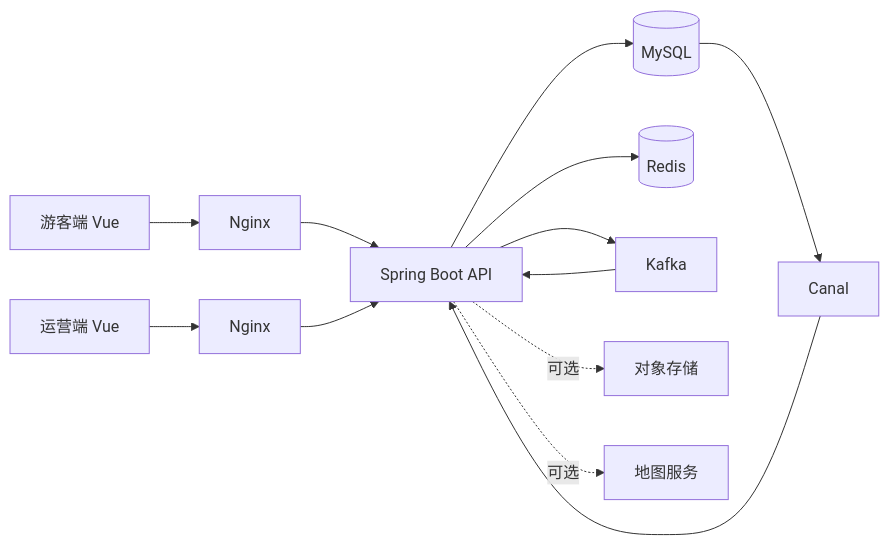
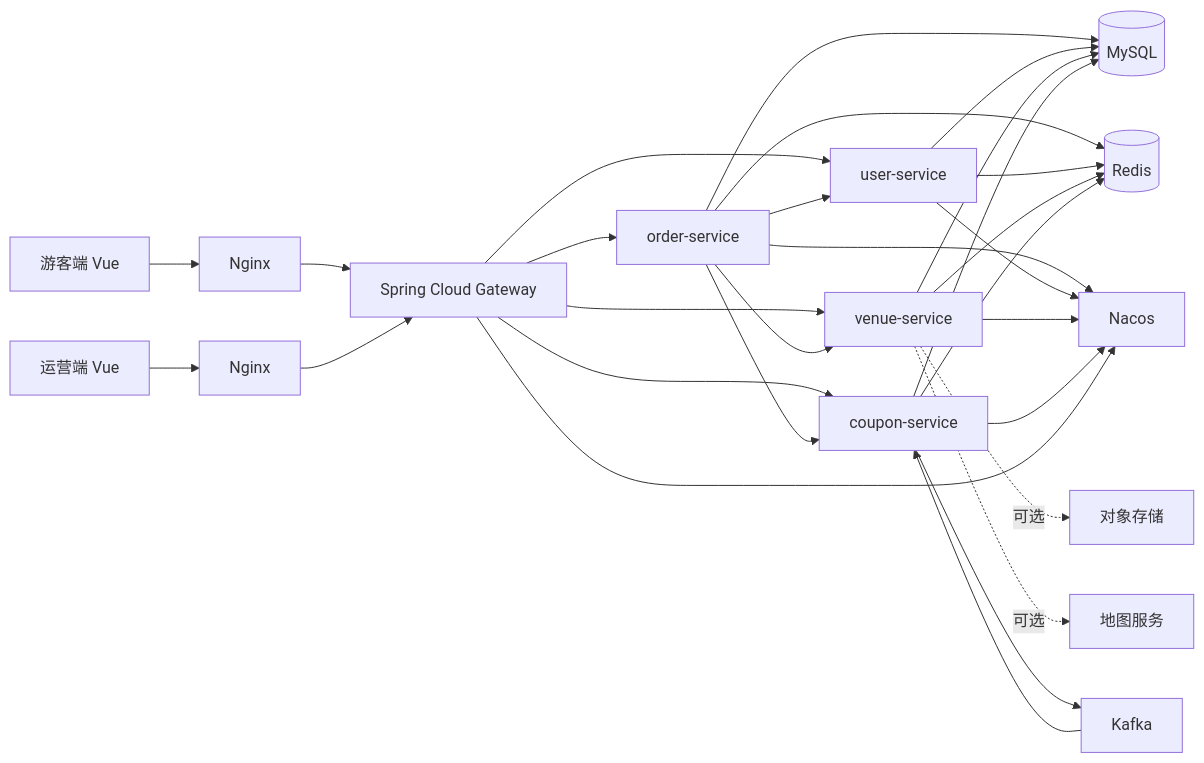
The diagram in README.md (qinghuan136/tourism-ticketing-platform), drawn with Mermaid before and after one commit. The commit also changed other lines of this file and 399 other files, not shown here.

````diff
--- a/README.md
+++ b/README.md
@@ -41,15 +42,31 @@
 ```mermaid
 flowchart LR
     T[游客端 Vue] --> N1[Nginx]
-    O[运营端 Vue] --> N2[Nginx]
-    N1 --> A[Spring Boot API]
-    N2 --> A
-    A --> M[(MySQL)]
-    A --> R[(Redis)]
-    A --> K[Kafka]
-    K --> A
-    M --> C[Canal]
-    C --> A
-    A -. 可选 .-> OSS[对象存储]
-    A -. 可选 .-> MAP[地图服务]
+    OP[运营端 Vue] --> N2[Nginx]
+    N1 --> G[Spring Cloud Gateway]
+    N2 --> G
+    G --> OS[order-service]
+    G --> U[user-service]
+    G --> V[venue-service]
+    G --> C[coupon-service]
+    OS --> U
+    OS --> V
+    OS --> C
+    OS --> M[(MySQL)]
+    U --> M
+    V --> M
+    C --> M
+    OS --> R[(Redis)]
+    U --> R
+    V --> R
+    C --> R
+    C --> K[Kafka]
+    K --> C
+    OS --> N[Nacos]
+    U --> N
+    V --> N
+    C --> N
+    G --> N
+    V -. 可选 .-> OSS[对象存储]
+    V -. 可选 .-> MAP[地图服务]
 ```
````
